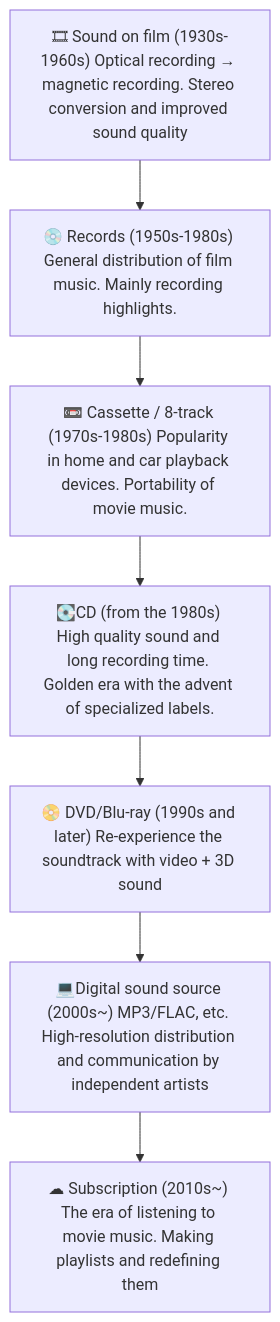
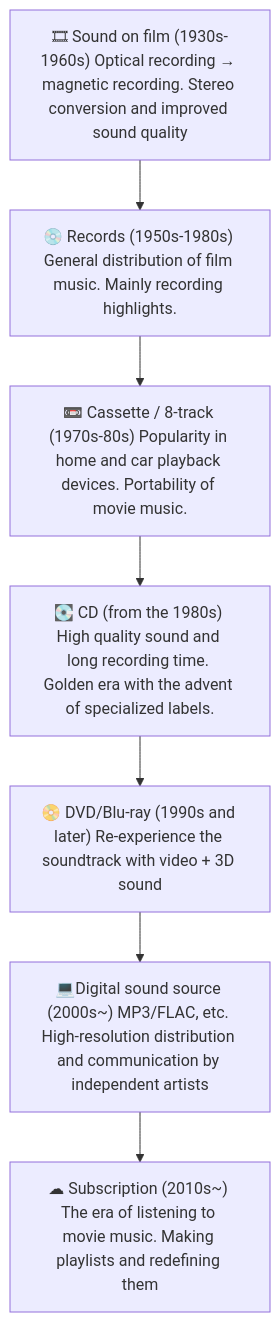
One commit to monumental-movement/monumental-movement.github.io changed the diagram in en/_posts/2025-07-17-Column-Soundtrack.md. Above: the diagram before and after it, drawn with Mermaid. The commit also changed other lines of this file and 504 other files, not shown here.

```diff
--- a/en/_posts/2025-07-17-Column-Soundtrack.md
+++ b/en/_posts/2025-07-17-Column-Soundtrack.md
@@ -102,14 +102,14 @@
 <div class="mermaid">
 
 flowchart TD
   A["🎞 Sound on film (1930s-1960s) Optical recording → magnetic recording. Stereo conversion and improved sound quality"]
   B["💿 Records (1950s-1980s) General distribution of film music. Mainly recording highlights."]
-  C["📼 Cassette / 8-track (1970s-1980s) Popularity in home and car playback devices. Portability of movie music."]
-  D["💽CD (from the 1980s) High quality sound and long recording time. Golden era with the advent of specialized labels."]
+  C["📼 Cassette / 8-track (1970s-80s) Popularity in home and car playback devices. Portability of movie music."]
+  D["💽 CD (from the 1980s) High quality sound and long recording time. Golden era with the advent of specialized labels."]
   E["📀 DVD/Blu-ray (1990s and later) Re-experience the soundtrack with video + 3D sound"]
   F["💻Digital sound source (2000s~) MP3/FLAC, etc. High-resolution distribution and communication by independent artists"]
   G["☁ Subscription (2010s~) The era of listening to movie music. Making playlists and redefining them"]
 
   A --> B --> C --> D --> E --> F --> G
 
 </div>
```
